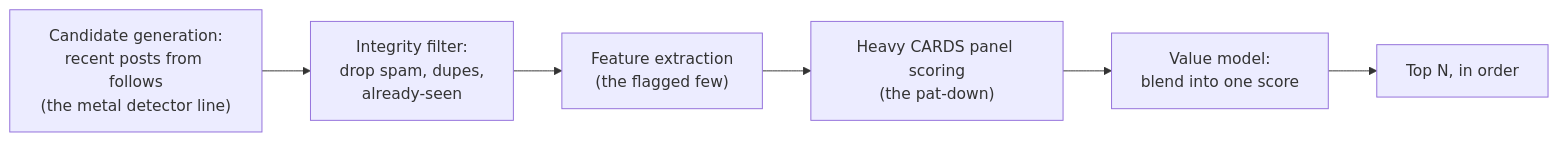
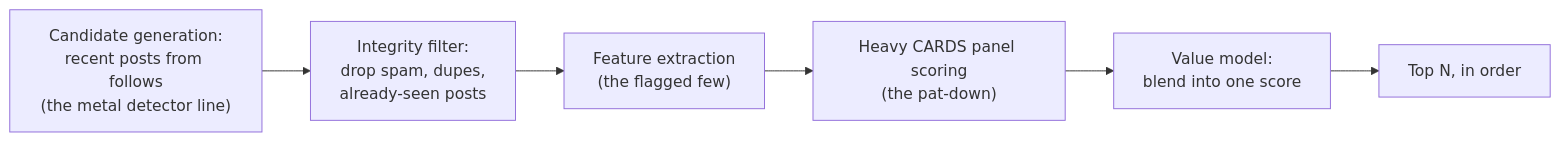
One commit to riyaz-pasha/Learnings changed the third of 13 diagrams in system-design/HLD/0-course/32-Design Newsfeed System-FAANG-Guide-story.md. Above: the diagram before and after it, drawn with Mermaid. The commit also changed other lines of this file and 5 other files, not shown here.

Commit message:
[REWRITE] Design Newsfeed story guide: simplify prose, add structure, fix diagrams

````diff
--- a/system-design/HLD/0-course/32-Design Newsfeed System-FAANG-Guide-story.md
+++ b/system-design/HLD/0-course/32-Design Newsfeed System-FAANG-Guide-story.md
@@ -76,8 +216,8 @@
 ```mermaid
 flowchart LR
-    Graph["Candidate generation:\nrecent posts from follows\n(the metal detector line)"] --> Filter["Integrity filter:\ndrop spam, dupes,\nalready-seen"]
+    Graph["Candidate generation:\nrecent posts from follows\n(the metal detector line)"] --> Filter["Integrity filter:\ndrop spam, dupes,\nalready-seen posts"]
     Filter --> Feature["Feature extraction\n(the flagged few)"]
     Feature --> Score["Heavy CARDS panel scoring\n(the pat-down)"]
     Score --> Blend["Value model:\nblend into one score"]
     Blend --> TopN["Top N, in order"]
 ```
````
